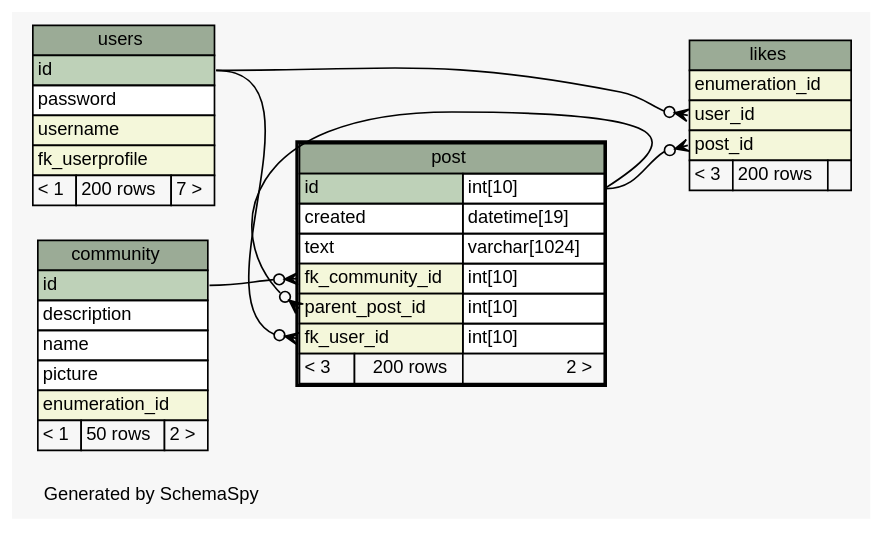
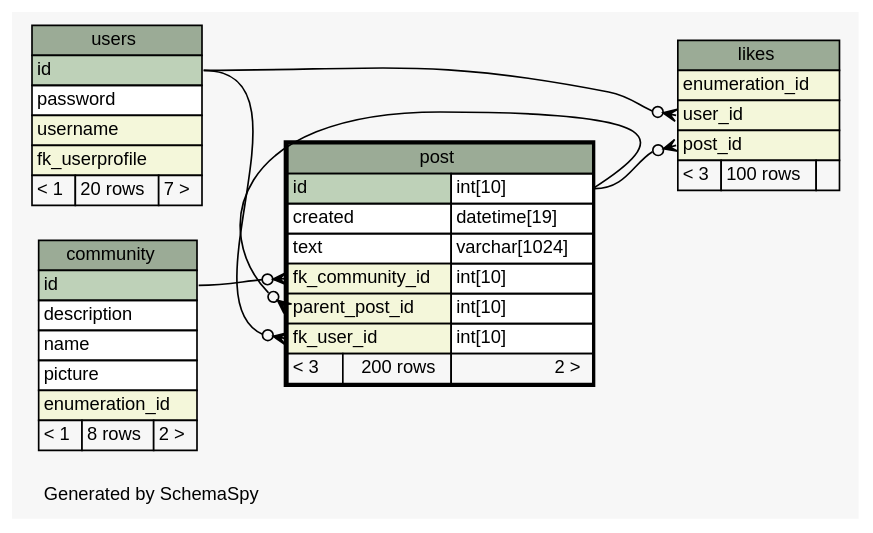
The diagram in doc/db_schema/diagrams/post.1degree.dot (chr-krenn/chr-krenn-fhj-ws2017-sd17-pse), drawn with Graphviz before and after one commit. The commit also changed 65 other files, not shown here.

```diff
--- a/doc/db_schema/diagrams/post.1degree.dot
+++ b/doc/db_schema/diagrams/post.1degree.dot
@@ -1,81 +1,81 @@
 // dot 2.40.1 on Linux 4.12.5-300.fc26.x86_64
 // SchemaSpy rev 590
 digraph "oneDegreeRelationshipsDiagram" {
   graph [
     rankdir="RL"
     bgcolor="#f7f7f7"
     label="\nGenerated by SchemaSpy"
     labeljust="l"
     nodesep="0.18"
     ranksep="0.46"
     fontname="Helvetica"
     fontsize="11"
   ];
   node [
     fontname="Helvetica"
     fontsize="11"
     shape="plaintext"
   ];
   edge [
     arrowsize="0.8"
   ];
   "likes":"post_id":w -> "post":"id.type":e [arrowhead=none dir=back arrowtail=crowodot];
   "likes":"user_id":w -> "users":"id":e [arrowhead=none dir=back arrowtail=crowodot];
   "post":"fk_community_id":w -> "community":"id":e [arrowhead=none dir=back arrowtail=crowodot];
   "post":"fk_user_id":w -> "users":"id":e [arrowhead=none dir=back arrowtail=crowodot];
   "post":"parent_post_id":w -> "post":"id.type":e [arrowhead=none dir=back arrowtail=crowodot];
   "community" [
     label=<
     <TABLE BORDER="0" CELLBORDER="1" CELLSPACING="0" BGCOLOR="#ffffff">
       <TR><TD COLSPAN="3" BGCOLOR="#9bab96" ALIGN="CENTER">community</TD></TR>
       <TR><TD PORT="id" COLSPAN="3" BGCOLOR="#bed1b8" ALIGN="LEFT">id</TD></TR>
       <TR><TD PORT="description" COLSPAN="3" ALIGN="LEFT">description</TD></TR>
       <TR><TD PORT="name" COLSPAN="3" ALIGN="LEFT">name</TD></TR>
       <TR><TD PORT="picture" COLSPAN="3" ALIGN="LEFT">picture</TD></TR>
       <TR><TD PORT="enumeration_id" COLSPAN="3" BGCOLOR="#f4f7da" ALIGN="LEFT">enumeration_id</TD></TR>
-      <TR><TD ALIGN="LEFT" BGCOLOR="#f7f7f7">&lt; 1</TD><TD ALIGN="RIGHT" BGCOLOR="#f7f7f7">50 rows</TD><TD ALIGN="RIGHT" BGCOLOR="#f7f7f7">2 &gt;</TD></TR>
+      <TR><TD ALIGN="LEFT" BGCOLOR="#f7f7f7">&lt; 1</TD><TD ALIGN="RIGHT" BGCOLOR="#f7f7f7">8 rows</TD><TD ALIGN="RIGHT" BGCOLOR="#f7f7f7">2 &gt;</TD></TR>
     </TABLE>>
     URL="community.html"
     tooltip="community"
   ];
   "likes" [
     label=<
     <TABLE BORDER="0" CELLBORDER="1" CELLSPACING="0" BGCOLOR="#ffffff">
       <TR><TD COLSPAN="3" BGCOLOR="#9bab96" ALIGN="CENTER">likes</TD></TR>
       <TR><TD PORT="enumeration_id" COLSPAN="3" BGCOLOR="#f4f7da" ALIGN="LEFT">enumeration_id</TD></TR>
       <TR><TD PORT="user_id" COLSPAN="3" BGCOLOR="#f4f7da" ALIGN="LEFT">user_id</TD></TR>
       <TR><TD PORT="post_id" COLSPAN="3" BGCOLOR="#f4f7da" ALIGN="LEFT">post_id</TD></TR>
-      <TR><TD ALIGN="LEFT" BGCOLOR="#f7f7f7">&lt; 3</TD><TD ALIGN="RIGHT" BGCOLOR="#f7f7f7">200 rows</TD><TD ALIGN="RIGHT" BGCOLOR="#f7f7f7">  </TD></TR>
+      <TR><TD ALIGN="LEFT" BGCOLOR="#f7f7f7">&lt; 3</TD><TD ALIGN="RIGHT" BGCOLOR="#f7f7f7">100 rows</TD><TD ALIGN="RIGHT" BGCOLOR="#f7f7f7">  </TD></TR>
     </TABLE>>
     URL="likes.html"
     tooltip="likes"
   ];
   "post" [
     label=<
     <TABLE BORDER="2" CELLBORDER="1" CELLSPACING="0" BGCOLOR="#ffffff">
       <TR><TD COLSPAN="3" BGCOLOR="#9bab96" ALIGN="CENTER">post</TD></TR>
       <TR><TD PORT="id" COLSPAN="2" BGCOLOR="#bed1b8" ALIGN="LEFT">id</TD><TD PORT="id.type" ALIGN="LEFT">int[10]</TD></TR>
       <TR><TD PORT="created" COLSPAN="2" ALIGN="LEFT">created</TD><TD PORT="created.type" ALIGN="LEFT">datetime[19]</TD></TR>
       <TR><TD PORT="text" COLSPAN="2" ALIGN="LEFT">text</TD><TD PORT="text.type" ALIGN="LEFT">varchar[1024]</TD></TR>
       <TR><TD PORT="fk_community_id" COLSPAN="2" BGCOLOR="#f4f7da" ALIGN="LEFT">fk_community_id</TD><TD PORT="fk_community_id.type" ALIGN="LEFT">int[10]</TD></TR>
       <TR><TD PORT="parent_post_id" COLSPAN="2" BGCOLOR="#f4f7da" ALIGN="LEFT">parent_post_id</TD><TD PORT="parent_post_id.type" ALIGN="LEFT">int[10]</TD></TR>
       <TR><TD PORT="fk_user_id" COLSPAN="2" BGCOLOR="#f4f7da" ALIGN="LEFT">fk_user_id</TD><TD PORT="fk_user_id.type" ALIGN="LEFT">int[10]</TD></TR>
       <TR><TD ALIGN="LEFT" BGCOLOR="#f7f7f7">&lt; 3</TD><TD ALIGN="RIGHT" BGCOLOR="#f7f7f7">200 rows</TD><TD ALIGN="RIGHT" BGCOLOR="#f7f7f7">2 &gt;</TD></TR>
     </TABLE>>
     URL="post.html"
     tooltip="post"
   ];
   "users" [
     label=<
     <TABLE BORDER="0" CELLBORDER="1" CELLSPACING="0" BGCOLOR="#ffffff">
       <TR><TD COLSPAN="3" BGCOLOR="#9bab96" ALIGN="CENTER">users</TD></TR>
       <TR><TD PORT="id" COLSPAN="3" BGCOLOR="#bed1b8" ALIGN="LEFT">id</TD></TR>
       <TR><TD PORT="password" COLSPAN="3" ALIGN="LEFT">password</TD></TR>
       <TR><TD PORT="username" COLSPAN="3" BGCOLOR="#f4f7da" ALIGN="LEFT">username</TD></TR>
       <TR><TD PORT="fk_userprofile" COLSPAN="3" BGCOLOR="#f4f7da" ALIGN="LEFT">fk_userprofile</TD></TR>
-      <TR><TD ALIGN="LEFT" BGCOLOR="#f7f7f7">&lt; 1</TD><TD ALIGN="RIGHT" BGCOLOR="#f7f7f7">200 rows</TD><TD ALIGN="RIGHT" BGCOLOR="#f7f7f7">7 &gt;</TD></TR>
+      <TR><TD ALIGN="LEFT" BGCOLOR="#f7f7f7">&lt; 1</TD><TD ALIGN="RIGHT" BGCOLOR="#f7f7f7">20 rows</TD><TD ALIGN="RIGHT" BGCOLOR="#f7f7f7">7 &gt;</TD></TR>
     </TABLE>>
     URL="users.html"
     tooltip="users"
   ];
 }
```
